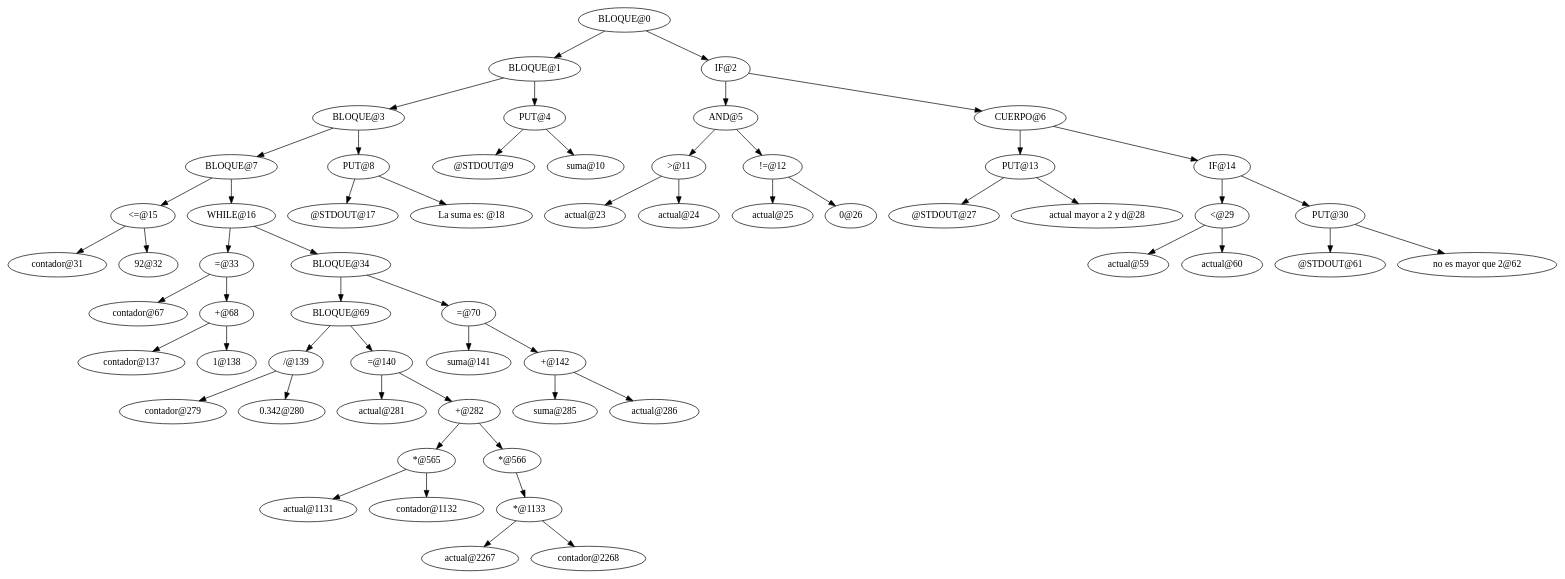
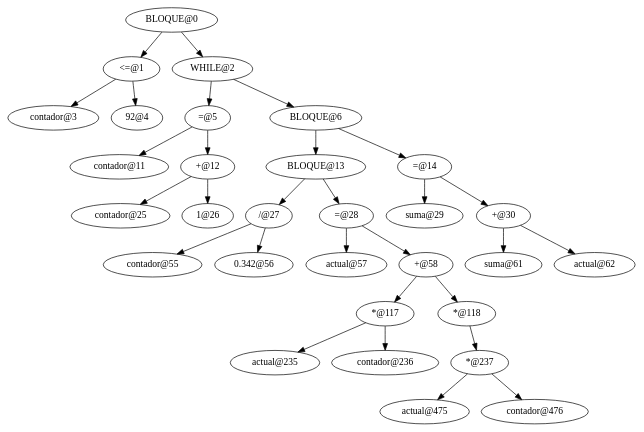
Before and after one commit to Lenguajes-y-Compiladores/Compilador: the diagram in Grupo11/SegundaEntrega/gragh.dot, drawn with Graphviz. The commit also changed 5 other files, not shown here.

```diff
--- a/Grupo11/SegundaEntrega/gragh.dot
+++ b/Grupo11/SegundaEntrega/gragh.dot
@@ -1,59 +1,31 @@
 digraph G {
-	"BLOQUE@0" -> "BLOQUE@1"
-	"BLOQUE@0" -> "IF@2"
-	"BLOQUE@1" -> "BLOQUE@3"
-	"BLOQUE@1" -> "PUT@4"
-	"BLOQUE@3" -> "BLOQUE@7"
-	"BLOQUE@3" -> "PUT@8"
-	"BLOQUE@7" -> "<=@15"
-	"BLOQUE@7" -> "WHILE@16"
-	"<=@15" -> "contador@31"
-	"<=@15" -> "92@32"
-	"WHILE@16" -> "=@33"
-	"WHILE@16" -> "BLOQUE@34"
-	"=@33" -> "contador@67"
-	"=@33" -> "+@68"
-	"+@68" -> "contador@137"
-	"+@68" -> "1@138"
-	"BLOQUE@34" -> "BLOQUE@69"
-	"BLOQUE@34" -> "=@70"
-	"BLOQUE@69" -> "/@139"
-	"BLOQUE@69" -> "=@140"
-	"/@139" -> "contador@279"
-	"/@139" -> "0.342@280"
-	"=@140" -> "actual@281"
-	"=@140" -> "+@282"
-	"+@282" -> "*@565"
-	"+@282" -> "*@566"
-	"*@565" -> "actual@1131"
-	"*@565" -> "contador@1132"
-	"*@566" -> "*@1133"
-	"*@1133" -> "actual@2267"
-	"*@1133" -> "contador@2268"
-	"=@70" -> "suma@141"
-	"=@70" -> "+@142"
-	"+@142" -> "suma@285"
-	"+@142" -> "actual@286"
-	"PUT@8" -> "@STDOUT@17"
-	"PUT@8" -> "La suma es: @18"
-	"PUT@4" -> "@STDOUT@9"
-	"PUT@4" -> "suma@10"
-	"IF@2" -> "AND@5"
-	"IF@2" -> "CUERPO@6"
-	"AND@5" -> ">@11"
-	"AND@5" -> "!=@12"
-	">@11" -> "actual@23"
-	">@11" -> "actual@24"
-	"!=@12" -> "actual@25"
-	"!=@12" -> "0@26"
-	"CUERPO@6" -> "PUT@13"
-	"CUERPO@6" -> "IF@14"
-	"PUT@13" -> "@STDOUT@27"
-	"PUT@13" -> "actual mayor a 2 y d@28"
-	"IF@14" -> "<@29"
-	"IF@14" -> "PUT@30"
-	"<@29" -> "actual@59"
-	"<@29" -> "actual@60"
-	"PUT@30" -> "@STDOUT@61"
-	"PUT@30" -> "no es mayor que 2@62"
+	"BLOQUE@0" -> "<=@1"
+	"BLOQUE@0" -> "WHILE@2"
+	"<=@1" -> "contador@3"
+	"<=@1" -> "92@4"
+	"WHILE@2" -> "=@5"
+	"WHILE@2" -> "BLOQUE@6"
+	"=@5" -> "contador@11"
+	"=@5" -> "+@12"
+	"+@12" -> "contador@25"
+	"+@12" -> "1@26"
+	"BLOQUE@6" -> "BLOQUE@13"
+	"BLOQUE@6" -> "=@14"
+	"BLOQUE@13" -> "/@27"
+	"BLOQUE@13" -> "=@28"
+	"/@27" -> "contador@55"
+	"/@27" -> "0.342@56"
+	"=@28" -> "actual@57"
+	"=@28" -> "+@58"
+	"+@58" -> "*@117"
+	"+@58" -> "*@118"
+	"*@117" -> "actual@235"
+	"*@117" -> "contador@236"
+	"*@118" -> "*@237"
+	"*@237" -> "actual@475"
+	"*@237" -> "contador@476"
+	"=@14" -> "suma@29"
+	"=@14" -> "+@30"
+	"+@30" -> "suma@61"
+	"+@30" -> "actual@62"
 }
```
